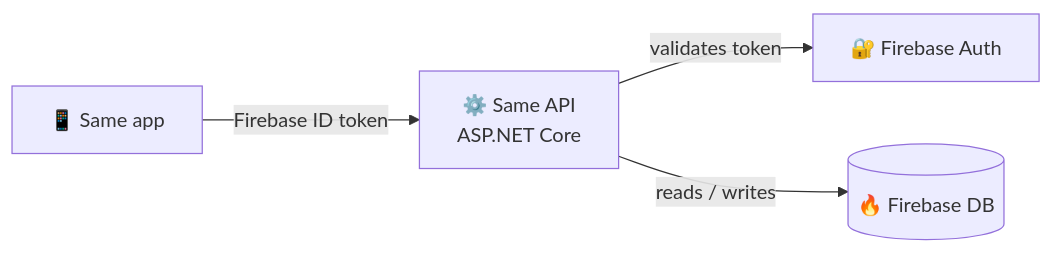
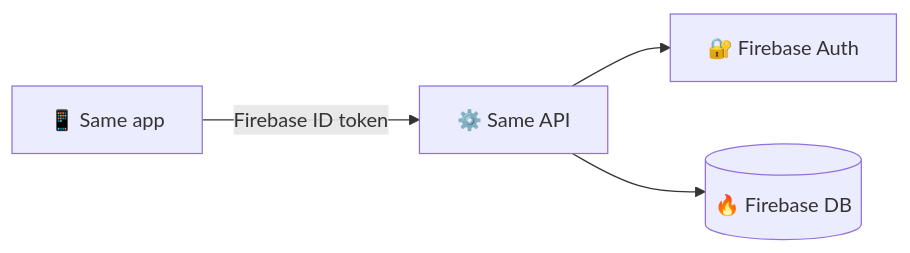
One commit to Tisa40486/Same-Api changed the first of 2 diagrams in README.md. Above: the diagram before and after it, drawn with Mermaid. The commit also changed other lines of this file and 1 other file, not shown here.

````diff
--- a/README.md
+++ b/README.md
@@ -35,6 +28,6 @@
 ```mermaid
 flowchart LR
-    A[📱 Same app] -->|Firebase ID token| B[⚙️ Same API<br/>ASP.NET Core]
-    B -->|validates token| C[🔐 Firebase Auth]
-    B -->|reads / writes| D[(🔥 Firebase DB)]
+    A[📱 Same app] -->|Firebase ID token| B[⚙️ Same API]
+    B --> C[🔐 Firebase Auth]
+    B --> D[(🔥 Firebase DB)]
 ```
````
